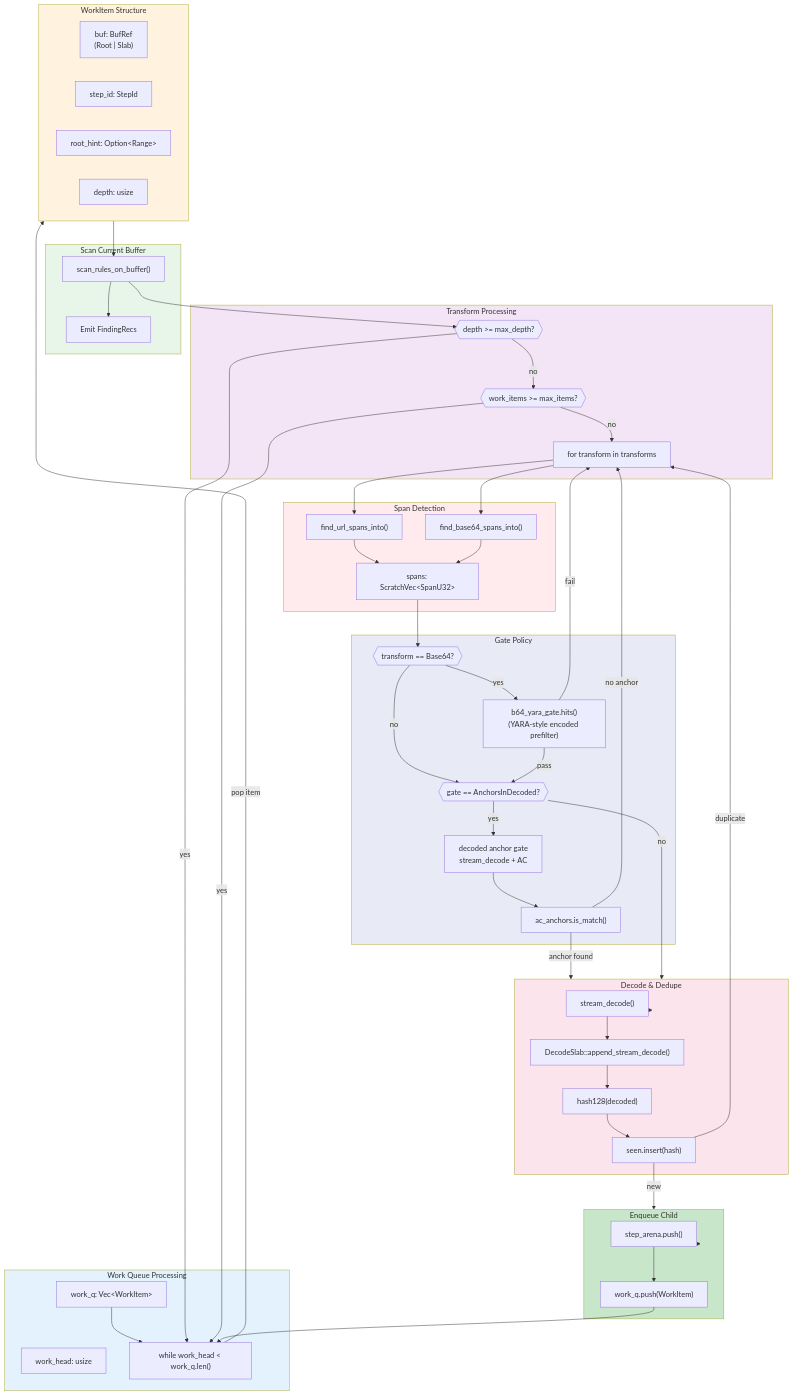
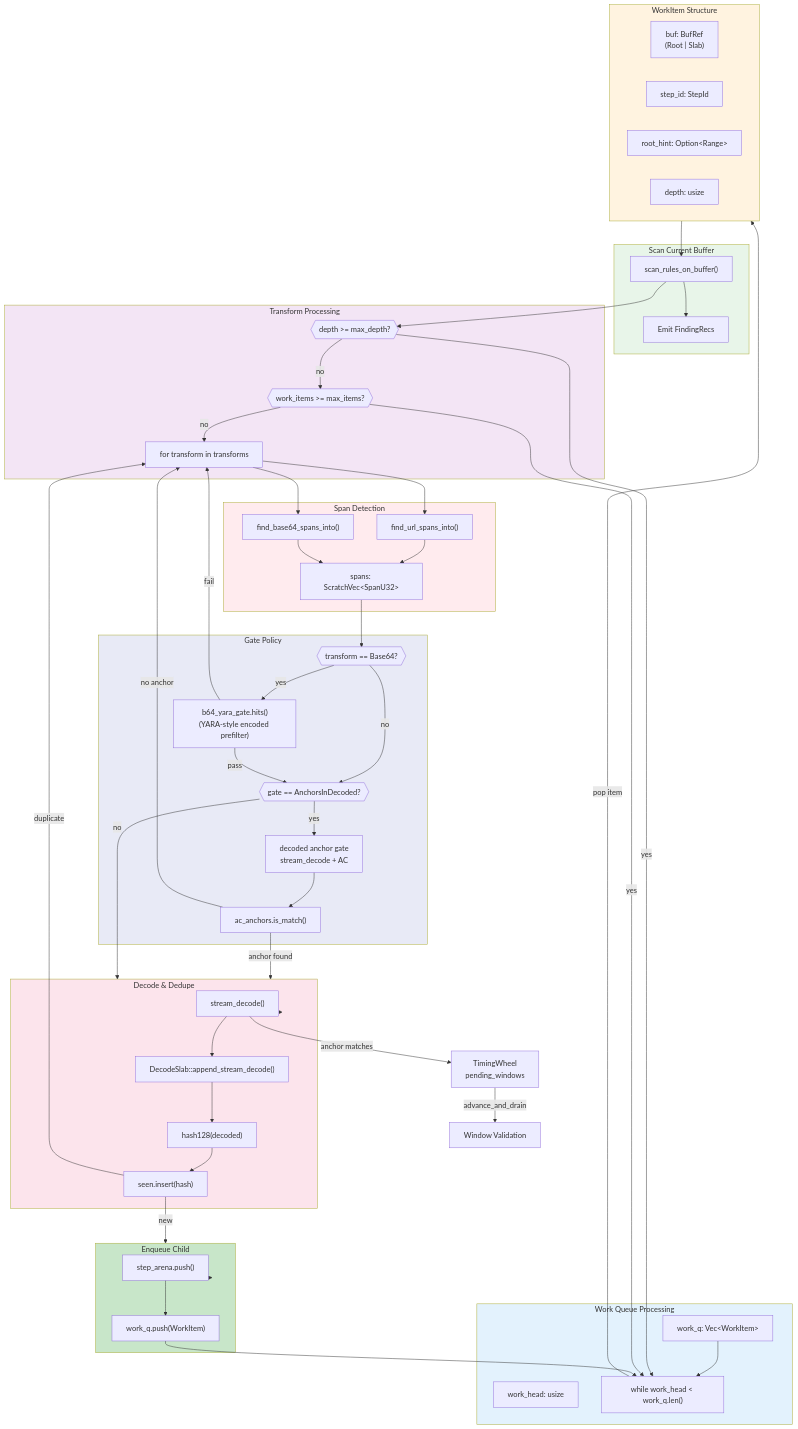
The first of 7 diagrams in docs/transform-chain.md (ahrav/scratch-scanner-rs), drawn with Mermaid before and after one commit. The commit also changed other lines of this file and 15 other files, not shown here.

First line of the commit message:
feat: Add timing wheel for stream decode scheduling

```diff
--- a/docs/transform-chain.md
+++ b/docs/transform-chain.md
@@ -82,6 +82,8 @@
     Gate --> |"no"| Decode
 
     Decode --> StreamDecode
+    StreamDecode --> |"anchor matches"| TimingWheel["TimingWheel<br/>pending_windows"]
+    TimingWheel --> |"advance_and_drain"| WindowValidation["Window Validation"]
     StreamDecode --> Slab
     Slab --> Hash
     Hash --> Seen
```
